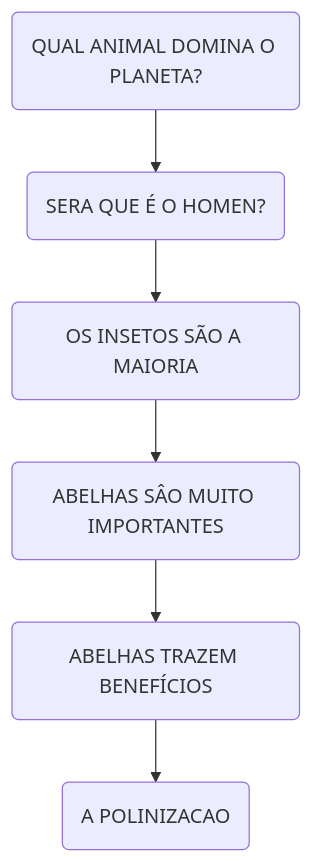
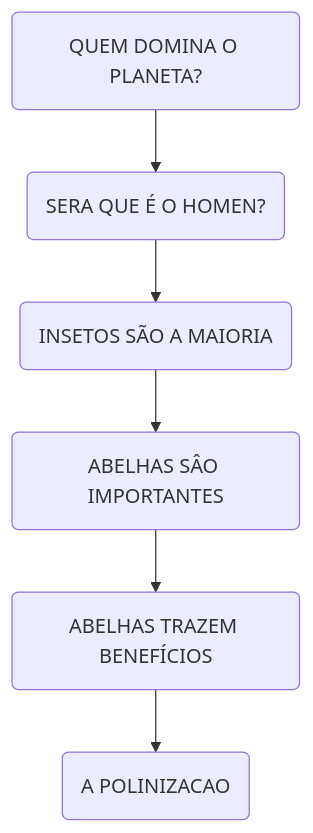
Before and after one commit to f290DSM/f290_dsm_pi6_rubrica_portfolio: the first of 2 diagrams in README.md, drawn with Mermaid.

````diff
--- a/README.md
+++ b/README.md
@@ -105,16 +105,16 @@
 ```mermaid
 graph TB
-a(QUAL ANIMAL DOMINA O PLANETA?)
+a(QUEM DOMINA O PLANETA?)
 b(SERA QUE É O HOMEN?)
-c(OS INSETOS SÃO A MAIORIA)
-d(ABELHAS SÂO MUITO IMPORTANTES)
+c(INSETOS SÃO A MAIORIA)
+d(ABELHAS SÂO IMPORTANTES)
 e(ABELHAS TRAZEM BENEFÍCIOS)
 f(A POLINIZACAO)
 
 a --> b 
 b --> c 
 c --> d 
 d --> e 
 e --> f
 
 ```
````
